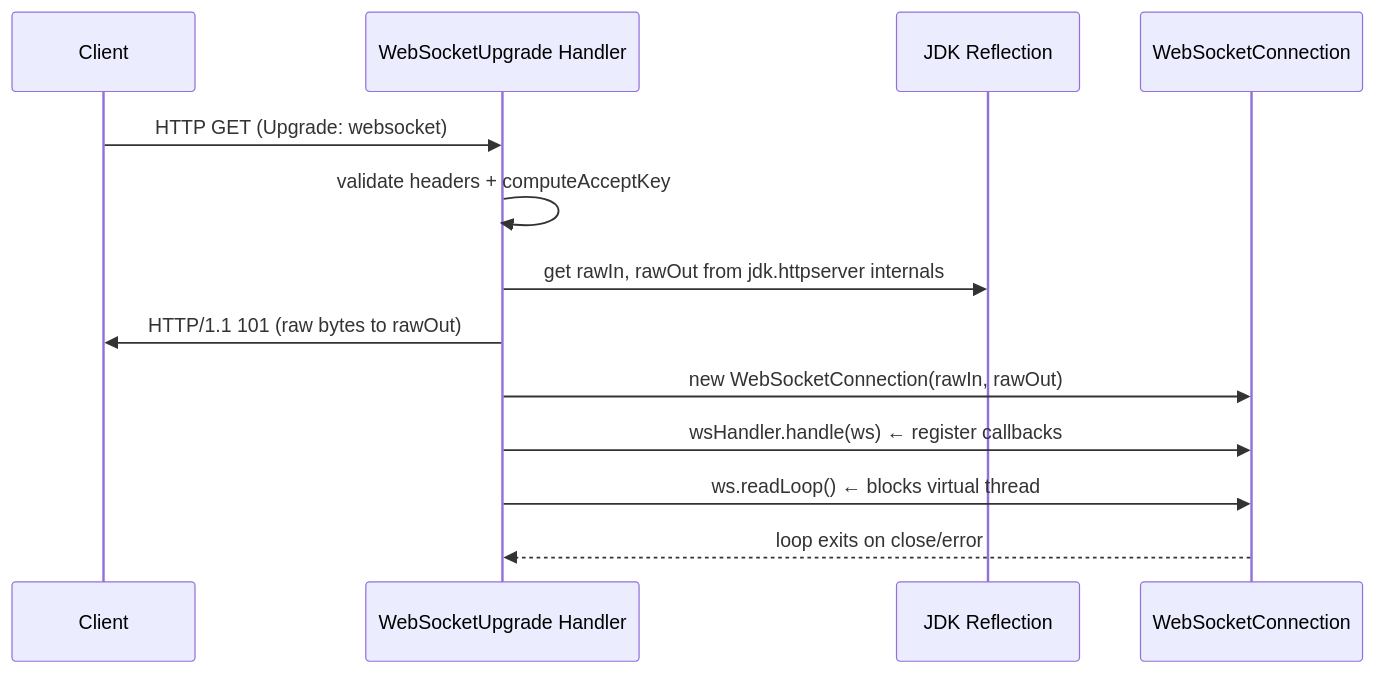
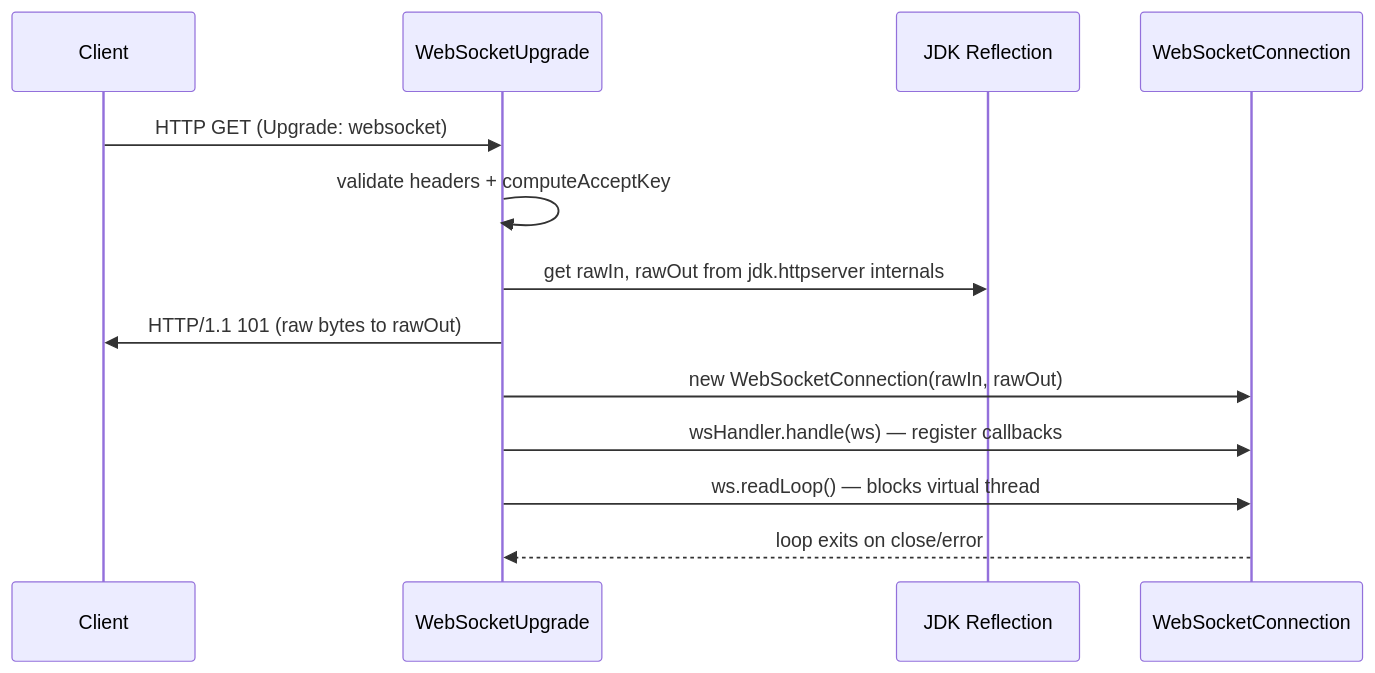
Before and after one commit to deer/serve.build: the fifth of 6 diagrams in docs/CODEBASE_MAP.md, drawn with Mermaid. The commit also changed other lines of this file and 1 other file, not shown here.

````diff
--- a/docs/CODEBASE_MAP.md
+++ b/docs/CODEBASE_MAP.md
@@ -819,16 +746,16 @@
 ```mermaid
 sequenceDiagram
     participant Client
-    participant Handler as WebSocketUpgrade Handler
+    participant WebSocketUpgrade
     participant Reflect as JDK Reflection
     participant WS as WebSocketConnection
 
-    Client->>Handler: HTTP GET (Upgrade: websocket)
-    Handler->>Handler: validate headers + computeAcceptKey
-    Handler->>Reflect: get rawIn, rawOut from jdk.httpserver internals
-    Handler->>Client: HTTP/1.1 101 (raw bytes to rawOut)
-    Handler->>WS: new WebSocketConnection(rawIn, rawOut)
-    Handler->>WS: wsHandler.handle(ws) ← register callbacks
-    Handler->>WS: ws.readLoop() ← blocks virtual thread
-    WS-->>Handler: loop exits on close/error
+    Client->>WebSocketUpgrade: HTTP GET (Upgrade: websocket)
+    WebSocketUpgrade->>WebSocketUpgrade: validate headers + computeAcceptKey
+    WebSocketUpgrade->>Reflect: get rawIn, rawOut from jdk.httpserver internals
+    WebSocketUpgrade->>Client: HTTP/1.1 101 (raw bytes to rawOut)
+    WebSocketUpgrade->>WS: new WebSocketConnection(rawIn, rawOut)
+    WebSocketUpgrade->>WS: wsHandler.handle(ws) — register callbacks
+    WebSocketUpgrade->>WS: ws.readLoop() — blocks virtual thread
+    WS-->>WebSocketUpgrade: loop exits on close/error
 ```
````
